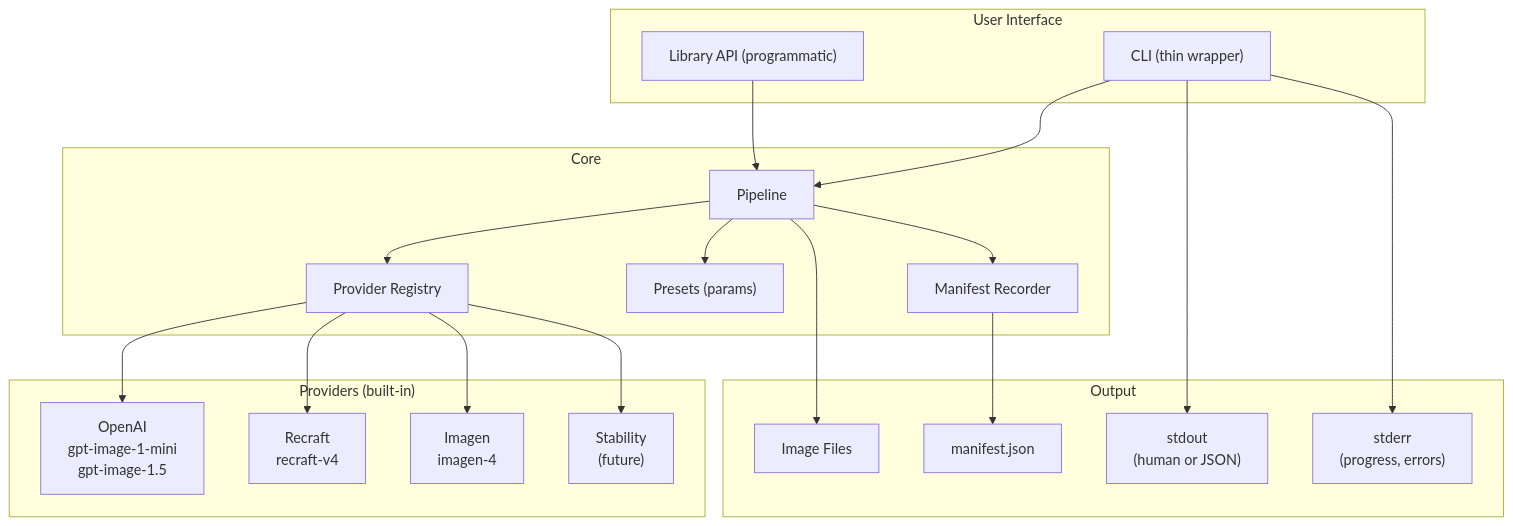
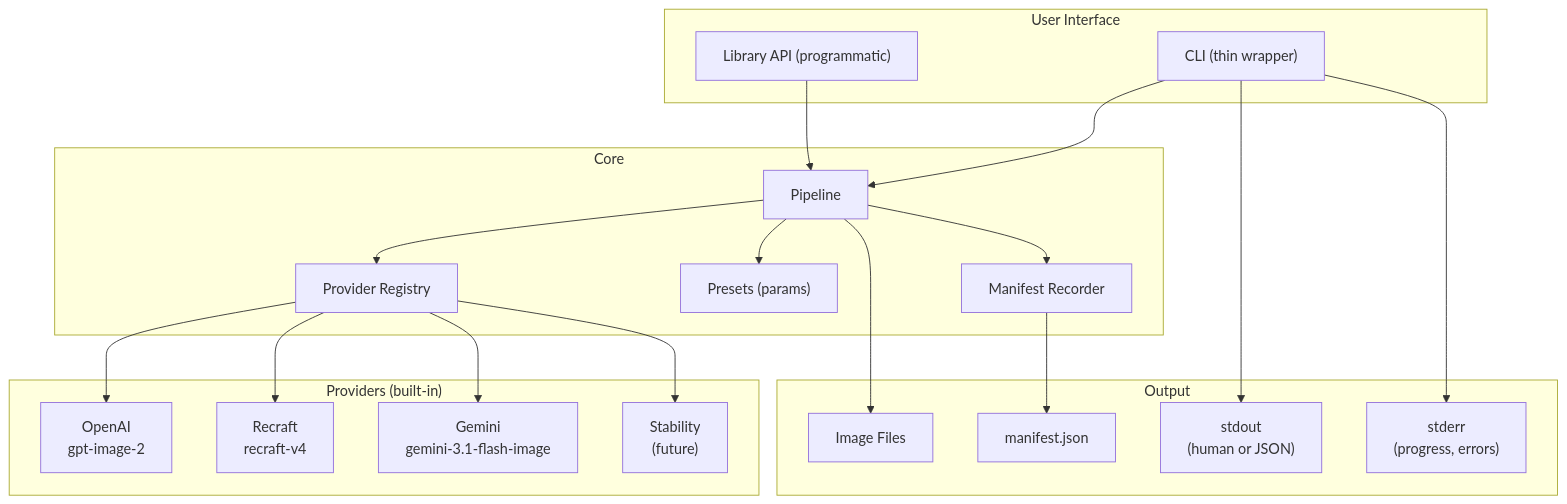
One commit to creche-studio/ImgGenAI changed the first of 7 diagrams in docs/design.md. Above: the diagram before and after it, drawn with Mermaid. The commit also changed other lines of this file and 26 other files, not shown here.

First line of the commit message:
feat: migrate to gemini and gpt-image-2 model generations

````diff
--- a/docs/design.md
+++ b/docs/design.md
@@ -15,42 +15,42 @@
 ```mermaid
 graph TB
     subgraph "User Interface"
         CLI["CLI (thin wrapper)"]
         LIB["Library API (programmatic)"]
     end
 
     subgraph "Core"
         Pipeline["Pipeline"]
         ProviderRegistry["Provider Registry"]
         Presets["Presets (params)"]
         Manifest["Manifest Recorder"]
     end
 
     subgraph "Providers (built-in)"
-        OpenAI["OpenAI<br/>gpt-image-1-mini<br/>gpt-image-1.5"]
+        OpenAI["OpenAI<br/>gpt-image-2"]
         Recraft["Recraft<br/>recraft-v4"]
-        Imagen["Imagen<br/>imagen-4"]
+        Gemini["Gemini<br/>gemini-3.1-flash-image"]
         Stability["Stability<br/>(future)"]
     end
 
     subgraph "Output"
         Files["Image Files"]
         ManifestFile["manifest.json"]
         STDOUT["stdout<br/>(human or JSON)"]
         STDERR["stderr<br/>(progress, errors)"]
     end
 
     CLI --> Pipeline
     LIB --> Pipeline
     Pipeline --> ProviderRegistry
     Pipeline --> Presets
     Pipeline --> Manifest
     ProviderRegistry --> OpenAI
     ProviderRegistry --> Recraft
-    ProviderRegistry --> Imagen
+    ProviderRegistry --> Gemini
     ProviderRegistry --> Stability
     Pipeline --> Files
     Manifest --> ManifestFile
     CLI --> STDOUT
     CLI --> STDERR
 ```
````
